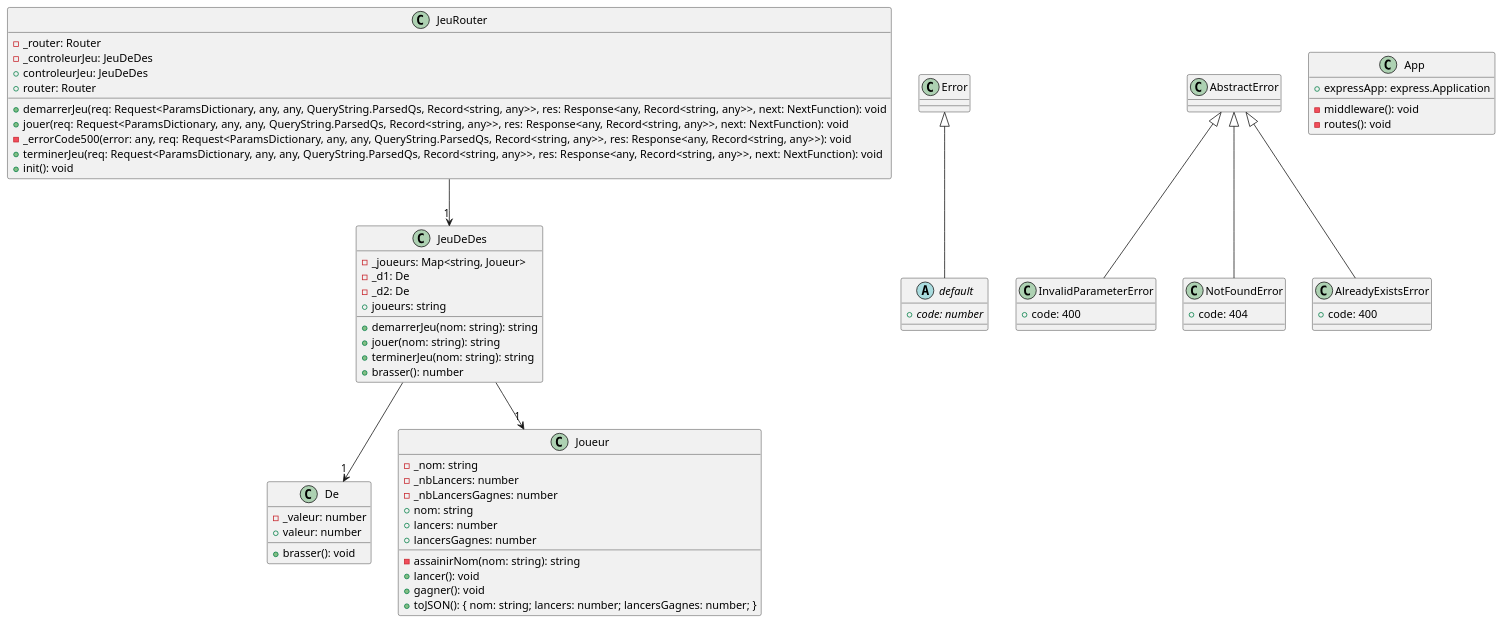
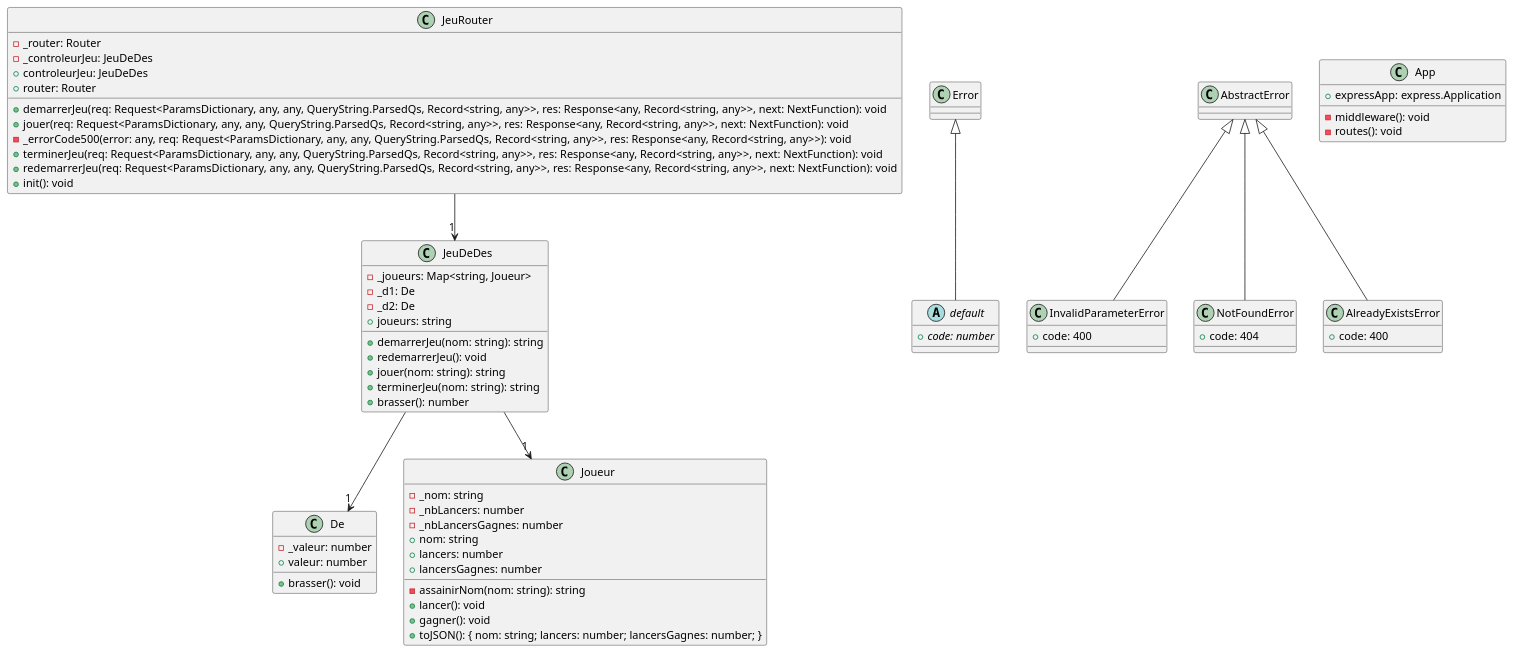
One commit to Samhouuu/log210-laboratoire0 changed the diagram in docs/modeles/App.puml. Above: the diagram before and after it, drawn with PlantUML. The commit also changed 1 other file, not shown here.

```diff
--- a/docs/modeles/App.puml
+++ b/docs/modeles/App.puml
@@ -1,60 +1,62 @@
 @startuml
 class De {
     -_valeur: number
     +brasser(): void
     +valeur: number
 }
 abstract class default extends Error {
     +{abstract} code: number
 }
 class InvalidParameterError extends AbstractError {
     +code: 400
 }
 class Joueur {
     -_nom: string
     -_nbLancers: number
     -_nbLancersGagnes: number
     +nom: string
     -assainirNom(nom: string): string
     +lancers: number
     +lancersGagnes: number
     +lancer(): void
     +gagner(): void
     +toJSON(): { nom: string; lancers: number; lancersGagnes: number; }
 }
 class NotFoundError extends AbstractError {
     +code: 404
 }
 class AlreadyExistsError extends AbstractError {
     +code: 400
 }
 class JeuDeDes {
     -_joueurs: Map<string, Joueur>
     -_d1: De
     -_d2: De
     +demarrerJeu(nom: string): string
+    +redemarrerJeu(): void
     +jouer(nom: string): string
     +terminerJeu(nom: string): string
     +brasser(): number
     +joueurs: string
 }
 class JeuRouter {
     -_router: Router
     -_controleurJeu: JeuDeDes
     +controleurJeu: JeuDeDes
     +router: Router
     +demarrerJeu(req: Request<ParamsDictionary, any, any, QueryString.ParsedQs, Record<string, any>>, res: Response<any, Record<string, any>>, next: NextFunction): void
     +jouer(req: Request<ParamsDictionary, any, any, QueryString.ParsedQs, Record<string, any>>, res: Response<any, Record<string, any>>, next: NextFunction): void
     -_errorCode500(error: any, req: Request<ParamsDictionary, any, any, QueryString.ParsedQs, Record<string, any>>, res: Response<any, Record<string, any>>): void
     +terminerJeu(req: Request<ParamsDictionary, any, any, QueryString.ParsedQs, Record<string, any>>, res: Response<any, Record<string, any>>, next: NextFunction): void
+    +redemarrerJeu(req: Request<ParamsDictionary, any, any, QueryString.ParsedQs, Record<string, any>>, res: Response<any, Record<string, any>>, next: NextFunction): void
     +init(): void
 }
 class App {
     +expressApp: express.Application
     -middleware(): void
     -routes(): void
 }
 JeuDeDes --> "1" Joueur
 JeuDeDes --> "1" De
 JeuRouter --> "1" JeuDeDes
 @enduml
```
